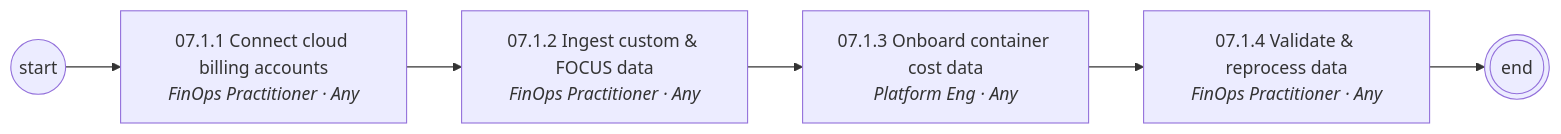
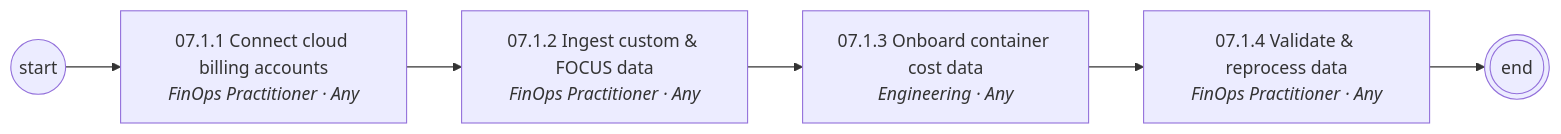
The second of 7 diagrams in diagrams/mermaid/area-07.md (corbyjames/apptio-process-catalog), drawn with Mermaid before and after one commit. The commit also changed other lines of this file and 251 other files, not shown here.

````diff
--- a/diagrams/mermaid/area-07.md
+++ b/diagrams/mermaid/area-07.md
@@ -29,13 +27,13 @@
 ```mermaid
 flowchart LR
   S((start))
   N07_1_1["07.1.1 Connect cloud billing accounts<br/><i>FinOps Practitioner · Any</i>"]
   S --> N07_1_1
   N07_1_2["07.1.2 Ingest custom & FOCUS data<br/><i>FinOps Practitioner · Any</i>"]
   N07_1_1 --> N07_1_2
-  N07_1_3["07.1.3 Onboard container cost data<br/><i>Platform Eng · Any</i>"]
+  N07_1_3["07.1.3 Onboard container cost data<br/><i>Engineering · Any</i>"]
   N07_1_2 --> N07_1_3
   N07_1_4["07.1.4 Validate & reprocess data<br/><i>FinOps Practitioner · Any</i>"]
   N07_1_3 --> N07_1_4
   N07_1_4 --> E(((end)))
 ```
````
